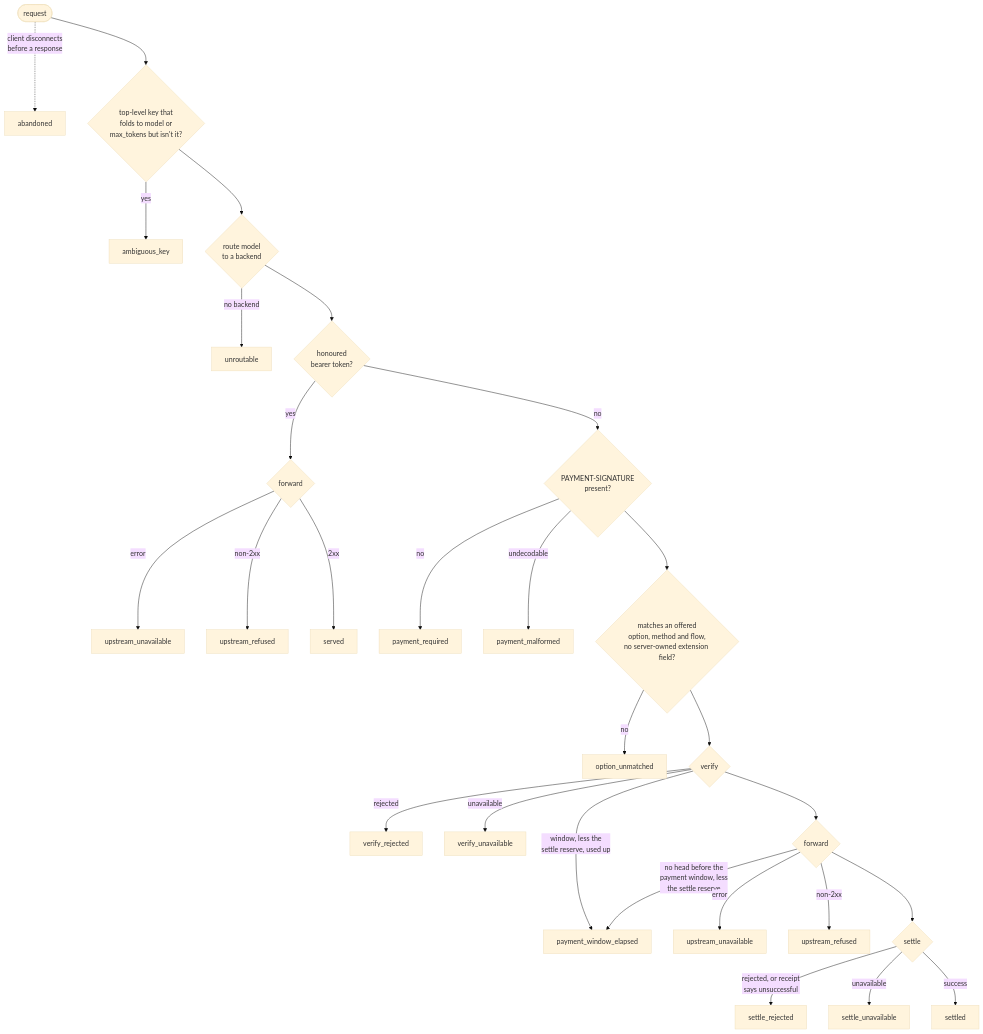
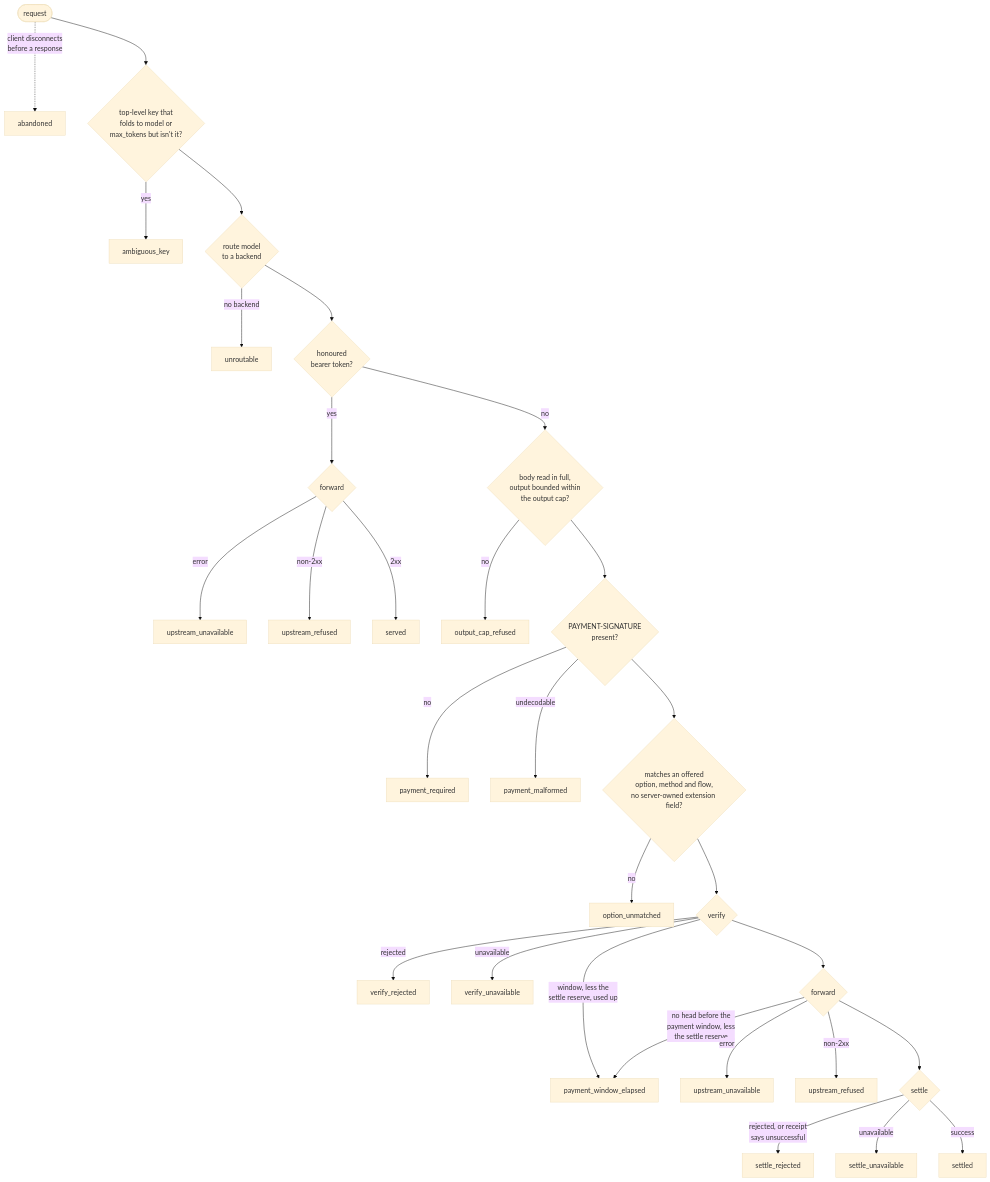
The diagram in docs/telemetry.md (geekinasuit/obolus), drawn with Mermaid (base theme) before and after one commit. The commit also changed other lines of this file and 12 other files, not shown here.

````diff
--- a/docs/telemetry.md
+++ b/docs/telemetry.md
@@ -75,30 +75,32 @@
 ```mermaid
 flowchart TB
   req(["request"]) -.->|"client disconnects<br/>before a response"| abandoned["abandoned"]
   req --> keys{"top-level key that<br/>folds to model or<br/>max_tokens but isn't it?"}
   keys -->|"yes"| ambiguous["ambiguous_key"]
   keys --> route{"route model<br/>to a backend"}
   route -->|"no backend"| unroutable["unroutable"]
   route --> token{"honoured<br/>bearer token?"}
   token -->|"yes"| tfwd{"forward"}
   tfwd -->|"error"| t_unavail["upstream_unavailable"]
   tfwd -->|"non-2xx"| t_refused["upstream_refused"]
   tfwd -->|"2xx"| served["served"]
-  token -->|"no"| hdr{"PAYMENT-SIGNATURE<br/>present?"}
+  token -->|"no"| cap{"body read in full,<br/>output bounded within<br/>the output cap?"}
+  cap -->|"no"| capped["output_cap_refused"]
+  cap --> hdr{"PAYMENT-SIGNATURE<br/>present?"}
   hdr -->|"no"| required["payment_required"]
   hdr -->|"undecodable"| malformed["payment_malformed"]
   hdr --> match{"matches an offered<br/>option, method and flow,<br/>no server-owned extension field?"}
   match -->|"no"| unmatched["option_unmatched"]
   match --> verify{"verify"}
   verify -->|"rejected"| v_rej["verify_rejected"]
   verify -->|"unavailable"| v_unavail["verify_unavailable"]
   verify -->|"window, less the<br/>settle reserve, used up"| w_elapsed["payment_window_elapsed"]
   verify --> fwd{"forward"}
   fwd -->|"no head before the<br/>payment window, less<br/>the settle reserve"| w_elapsed
   fwd -->|"error"| u_unavail["upstream_unavailable"]
   fwd -->|"non-2xx"| u_refused["upstream_refused"]
   fwd --> settle{"settle"}
   settle -->|"rejected, or receipt<br/>says unsuccessful"| s_rej["settle_rejected"]
   settle -->|"unavailable"| s_unavail["settle_unavailable"]
   settle -->|"success"| settled["settled"]
 ```
````
